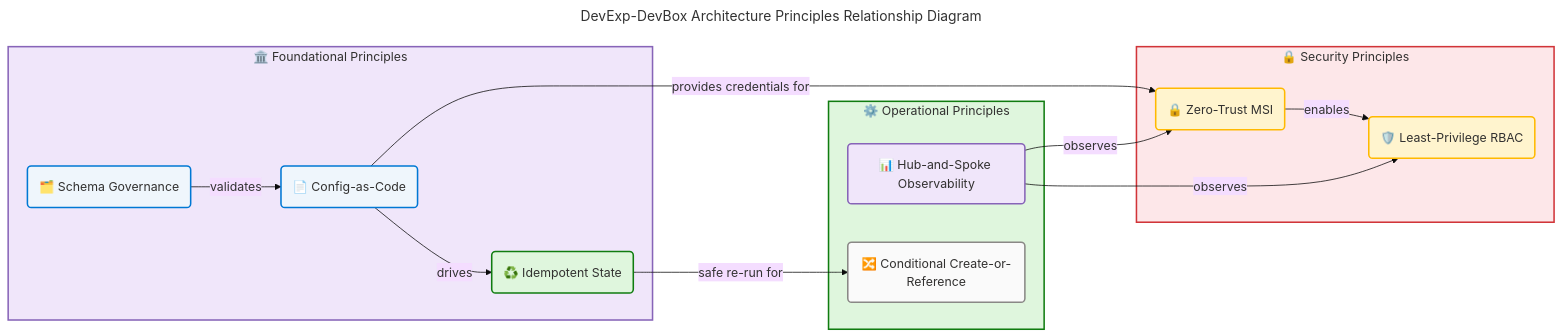
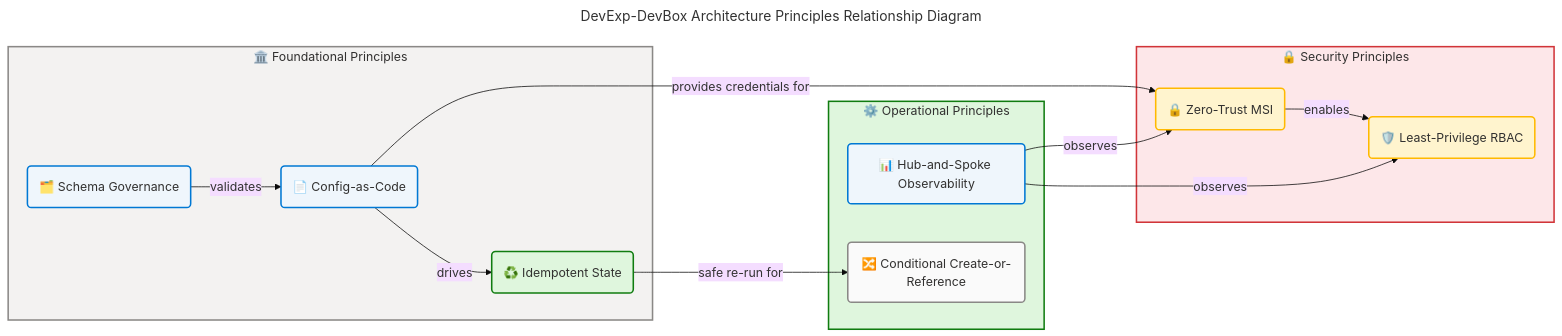
One commit to Evilazaro/DevExp-DevBox changed the fourth of 7 diagrams in docs/architecture/application-architecture.md. Above: the diagram before and after it, drawn with Mermaid. The commit also changed other lines of this file, not shown here.

Commit message:
refactor: Update Mermaid diagram styles for improved visual consistency in application architecture documentation

````diff
--- a/docs/architecture/application-architecture.md
+++ b/docs/architecture/application-architecture.md
@@ -593,61 +588,60 @@
 ```mermaid
 ---
 title: "DevExp-DevBox Architecture Principles Relationship Diagram"
 config:
   theme: base
   look: classic
   layout: dagre
   themeVariables:
     fontSize: '16px'
   flowchart:
     htmlLabels: true
 ---
 flowchart LR
     accTitle: DevExp-DevBox Architecture Principles Relationship Diagram
     accDescr: Shows relationships between architecture principles and the foundational principles they depend on
 
 %% ═══════════════════════════════════════════════════════════════════════════
 %% AZURE / FLUENT ARCHITECTURE PATTERN v1.1
 %% (Semantic + Structural + Font + Accessibility Governance)
 %% ═══════════════════════════════════════════════════════════════════════════
 %% PHASE 1 - FLUENT UI: All styling uses approved Fluent UI palette only
 %% PHASE 2 - GROUPS: Every subgraph has semantic color via style directive
 %% PHASE 3 - COMPONENTS: Every node has semantic classDef + icon prefix
 %% PHASE 4 - ACCESSIBILITY: accTitle/accDescr present, WCAG AA contrast
 %% PHASE 5 - STANDARD: Governance block present, classDefs centralized
 %% ═══════════════════════════════════════════════════════════════════════════
 
     subgraph Foundation["🏛️ Foundational Principles"]
         CaC("📄 Config-as-Code"):::core
         SchemaGov("🗂️ Schema Governance"):::core
         Idempotent("♻️ Idempotent State"):::success
     end
 
     subgraph Security["🔒 Security Principles"]
         ZeroTrust("🔒 Zero-Trust MSI"):::warning
         LeastPriv("🛡️ Least-Privilege RBAC"):::warning
     end
 
     subgraph Operational["⚙️ Operational Principles"]
-        HubSpoke("📊 Hub-and-Spoke Observability"):::data
+        HubSpoke("📊 Hub-and-Spoke Observability"):::core
         CondCreate("🔀 Conditional Create-or-Reference"):::neutral
     end
 
     SchemaGov -->|"validates"| CaC
     CaC -->|"drives"| Idempotent
     ZeroTrust -->|"enables"| LeastPriv
     CaC -->|"provides credentials for"| ZeroTrust
     Idempotent -->|"safe re-run for"| CondCreate
     HubSpoke -->|"observes"| ZeroTrust
     HubSpoke -->|"observes"| LeastPriv
 
-    style Foundation fill:#F0E6FA,stroke:#8764B8,stroke-width:2px,color:#323130
+    style Foundation fill:#F3F2F1,stroke:#8A8886,stroke-width:2px,color:#323130
     style Security fill:#FDE7E9,stroke:#D13438,stroke-width:2px,color:#323130
     style Operational fill:#DFF6DD,stroke:#107C10,stroke-width:2px,color:#323130
 
     classDef neutral fill:#FAFAFA,stroke:#8A8886,stroke-width:2px,color:#323130
     classDef core fill:#EFF6FC,stroke:#0078D4,stroke-width:2px,color:#323130
     classDef success fill:#DFF6DD,stroke:#107C10,stroke-width:2px,color:#323130
     classDef warning fill:#FFF4CE,stroke:#FFB900,stroke-width:2px,color:#323130
-    classDef data fill:#F0E6FA,stroke:#8764B8,stroke-width:2px,color:#323130
 ```
````
